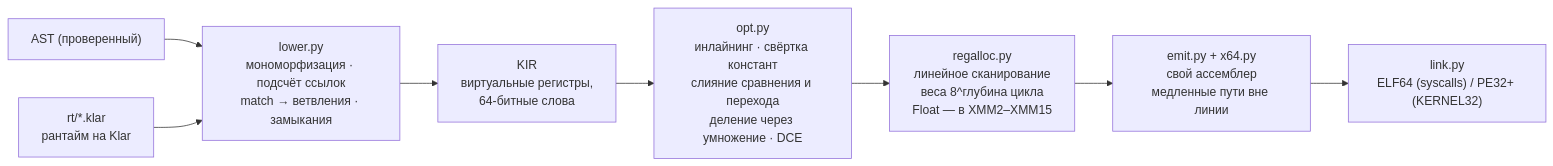
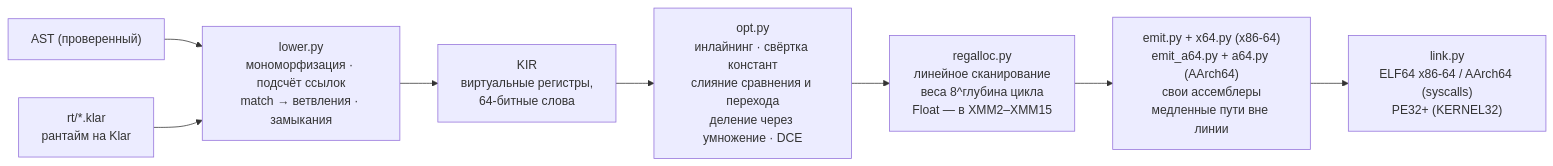
Before and after one commit to veosett/Klar: the third of 7 diagrams in docs/ARCHITECTURE.md, drawn with Mermaid. The commit also changed other lines of this file and 15 other files, not shown here.

````diff
--- a/docs/ARCHITECTURE.md
+++ b/docs/ARCHITECTURE.md
@@ -159,10 +159,10 @@
 ```mermaid
 flowchart LR
     ast["AST (проверенный)"] --> lower["lower.py<br/>мономорфизация · подсчёт ссылок<br/>match → ветвления · замыкания"]
     lower --> kir["KIR<br/>виртуальные регистры,<br/>64-битные слова"]
     kir --> opt["opt.py<br/>инлайнинг · свёртка констант<br/>слияние сравнения и перехода<br/>деление через умножение · DCE"]
     opt --> ra["regalloc.py<br/>линейное сканирование<br/>веса 8^глубина цикла<br/>Float — в XMM2–XMM15"]
-    ra --> emit["emit.py + x64.py<br/>свой ассемблер<br/>медленные пути вне линии"]
-    emit --> link["link.py<br/>ELF64 (syscalls) / PE32+ (KERNEL32)"]
+    ra --> emit["emit.py + x64.py (x86-64)<br/>emit_a64.py + a64.py (AArch64)<br/>свои ассемблеры<br/>медленные пути вне линии"]
+    emit --> link["link.py<br/>ELF64 x86-64 / AArch64 (syscalls)<br/>PE32+ (KERNEL32)"]
     rt["rt/*.klar<br/>рантайм на Klar"] --> lower
 ```
````
